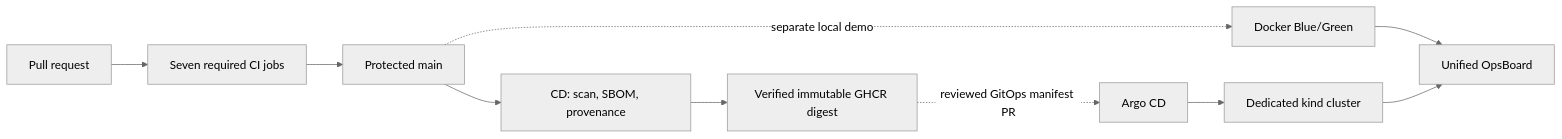
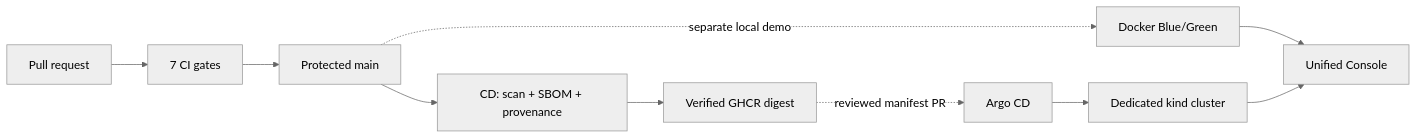
The first of 3 diagrams in README.md (Mishkaaass/ci-cd-lab), drawn with Mermaid (neutral theme) before and after one commit. The commit also changed other lines of this file and 2 other files, not shown here.

````diff
--- a/README.md
+++ b/README.md
@@ -55,12 +67,9 @@
 ```mermaid
 flowchart LR
-  PR[Pull request] --> CI[Seven required CI jobs]
-  CI --> Main[Protected main]
-  Main --> CD[CD: scan, SBOM, provenance]
-  CD --> GHCR[Verified immutable GHCR digest]
-  GHCR -.->|reviewed GitOps manifest PR| Argo[Argo CD]
-  Argo --> K8s[Dedicated kind cluster]
+  PR[Pull request] --> CI[7 CI gates] --> Main[Protected main]
+  Main --> CD[CD: scan + SBOM + provenance] --> GHCR[Verified GHCR digest]
+  GHCR -.->|reviewed manifest PR| Argo[Argo CD] --> K8s[Dedicated kind cluster]
   Main -.->|separate local demo| Docker[Docker Blue/Green]
-  Docker --> Console[Unified OpsBoard]
-  K8s --> Console
+  Docker --> UI[Unified Console]
+  K8s --> UI
 ```
````
